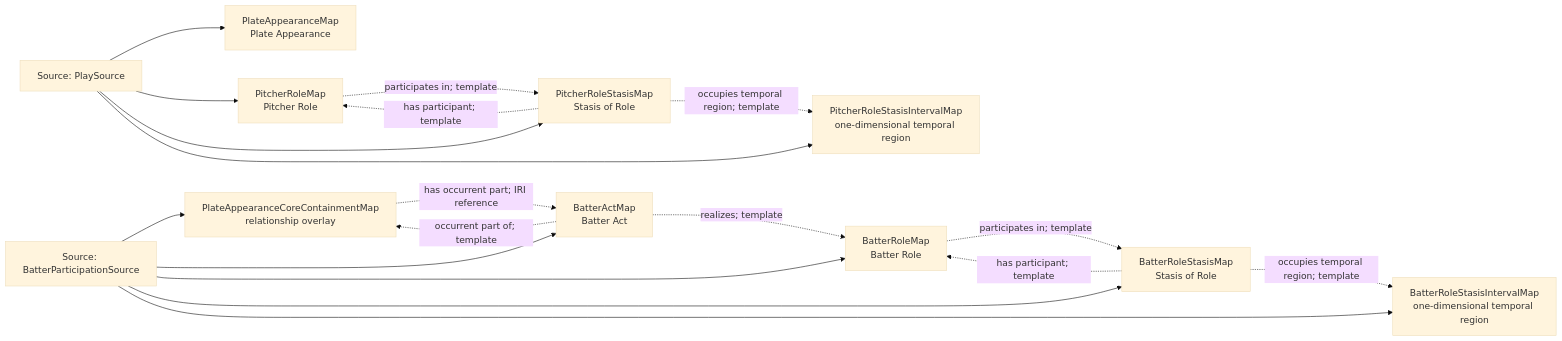
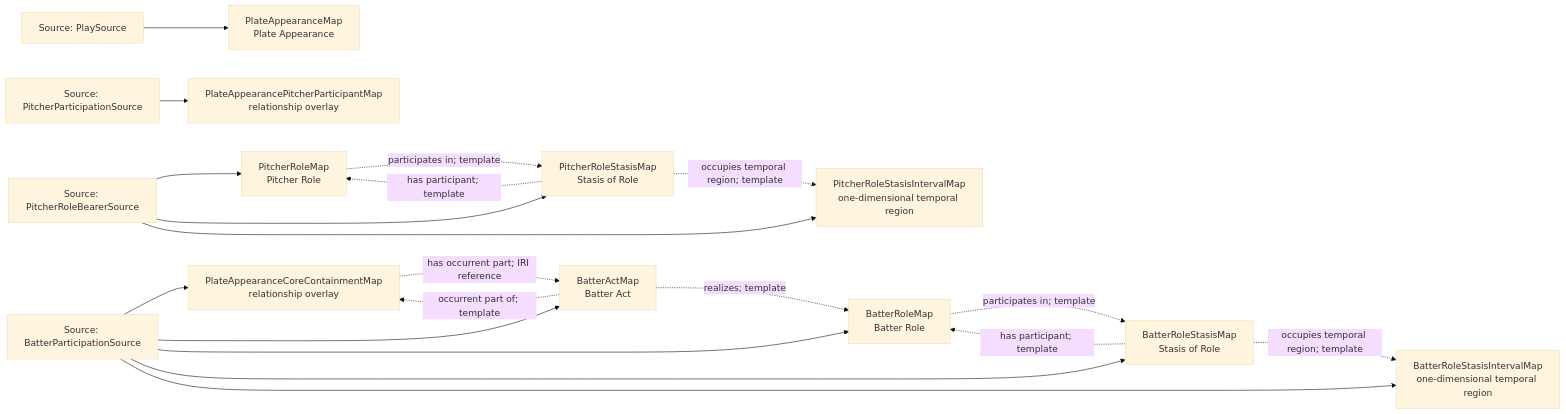
One commit to CarterBeauBenson/BaseballO changed the diagram in Baseball/mermaid/patterns/mlb-game/07-plate-appearance-core.md. Above: the diagram before and after it, drawn with Mermaid (base theme). The commit also changed other lines of this file and 160 other files, not shown here.

````diff
--- a/Baseball/mermaid/patterns/mlb-game/07-plate-appearance-core.md
+++ b/Baseball/mermaid/patterns/mlb-game/07-plate-appearance-core.md
@@ -10,32 +10,36 @@
 ```mermaid
 flowchart LR
     S01["Source: BatterParticipationSource"]
-    S02["Source: PlaySource"]
+    S02["Source: PitcherParticipationSource"]
+    S03["Source: PitcherRoleBearerSource"]
+    S04["Source: PlaySource"]
     M01["PlateAppearanceMap<br/>Plate Appearance"]
     M02["PlateAppearanceCoreContainmentMap<br/>relationship overlay"]
     M03["BatterActMap<br/>Batter Act"]
     M04["BatterRoleMap<br/>Batter Role"]
     M05["BatterRoleStasisMap<br/>Stasis of Role"]
     M06["BatterRoleStasisIntervalMap<br/>one-dimensional temporal region"]
     M07["PitcherRoleMap<br/>Pitcher Role"]
     M08["PitcherRoleStasisMap<br/>Stasis of Role"]
     M09["PitcherRoleStasisIntervalMap<br/>one-dimensional temporal region"]
-    S02 --> M01
+    M10["PlateAppearancePitcherParticipantMap<br/>relationship overlay"]
+    S04 --> M01
     S01 --> M02
     S01 --> M03
     S01 --> M04
     S01 --> M05
     S01 --> M06
-    S02 --> M07
-    S02 --> M08
-    S02 --> M09
+    S03 --> M07
+    S03 --> M08
+    S03 --> M09
+    S02 --> M10
     M02 -.->|has occurrent part; IRI reference| M03
     M03 -.->|occurrent part of; template| M02
     M03 -.->|realizes; template| M04
     M04 -.->|participates in; template| M05
     M05 -.->|has participant; template| M04
     M05 -.->|occupies temporal region; template| M06
     M07 -.->|participates in; template| M08
     M08 -.->|has participant; template| M07
     M08 -.->|occupies temporal region; template| M09
 ```
````
